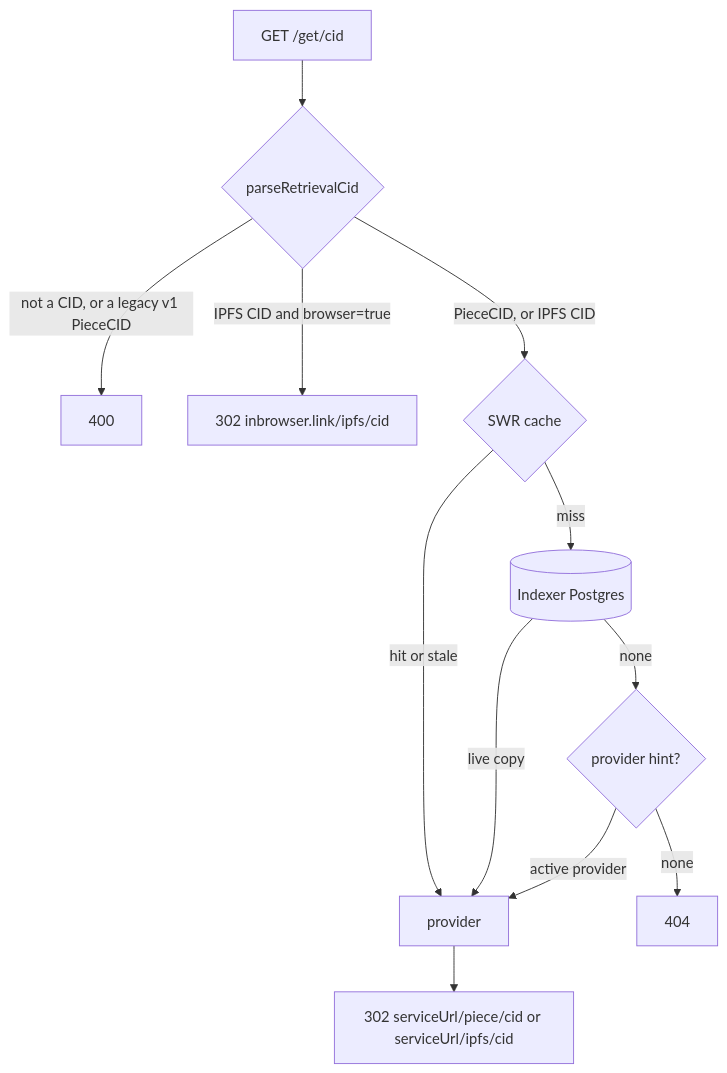
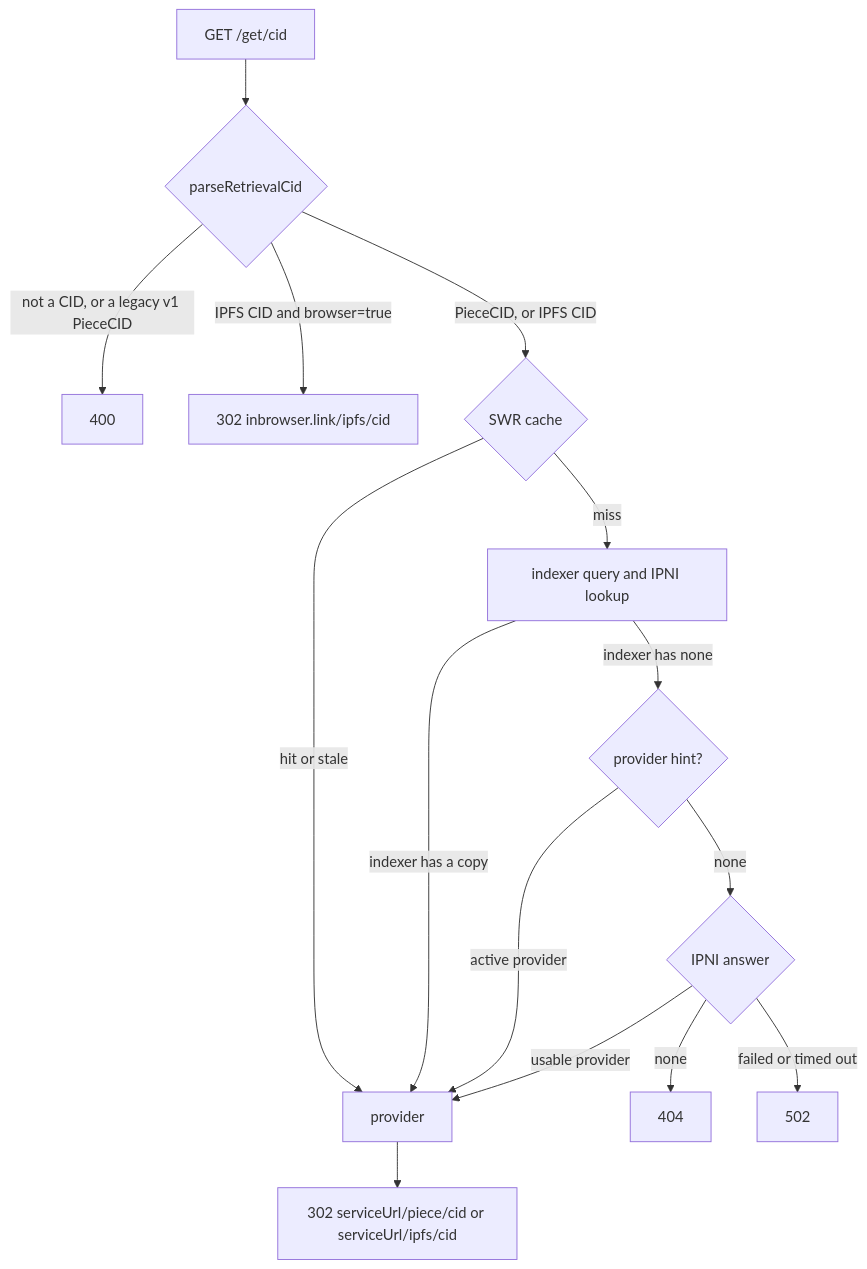
One commit to filecoin-project/agents changed the diagram in docs/filecoin/retrieval.md. Above: the diagram before and after it, drawn with Mermaid. The commit also changed other lines of this file and 2 other files, not shown here.

First line of the commit message:
docs: describe the IPNI retrieval that /get now uses

````diff
--- a/docs/filecoin/retrieval.md
+++ b/docs/filecoin/retrieval.md
@@ -11,14 +11,17 @@
 ```mermaid
 flowchart TD
   req[GET /get/cid] --> parse{parseRetrievalCid}
   parse -- not a CID, or a legacy v1 PieceCID --> e400[400]
   parse -- IPFS CID and browser=true --> inb[302 inbrowser.link/ipfs/cid]
   parse -- PieceCID, or IPFS CID --> cache{SWR cache}
   cache -- hit or stale --> found
-  cache -- miss --> db[(Indexer Postgres)]
-  db -- live copy --> found[provider]
-  db -- none --> hint{provider hint?}
+  cache -- miss --> race[indexer query and IPNI lookup]
+  race -- indexer has a copy --> found[provider]
+  race -- indexer has none --> hint{provider hint?}
   hint -- active provider --> found
-  hint -- none --> e404[404]
+  hint -- none --> ipni{IPNI answer}
+  ipni -- usable provider --> found
+  ipni -- none --> e404[404]
+  ipni -- failed or timed out --> e502[502]
   found --> redirect[302 serviceUrl/piece/cid or serviceUrl/ipfs/cid]
 ```
````
